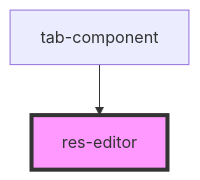
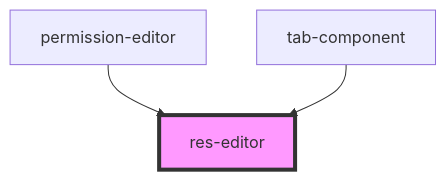
One commit to techvariable/NeptuneConnectComponents changed the diagram in src/components/res-editor/readme.md. Above: the diagram before and after it, drawn with Mermaid. The commit also changed other lines of this file and 10 other files, not shown here.

Commit message:
modified permission editor component for backend compatability

````diff
--- a/src/components/res-editor/readme.md
+++ b/src/components/res-editor/readme.md
@@ -23,5 +24,6 @@
 ```mermaid
 graph TD;
+  permission-editor --> res-editor
   tab-component --> res-editor
   style res-editor fill:#f9f,stroke:#333,stroke-width:4px
 ```
````
